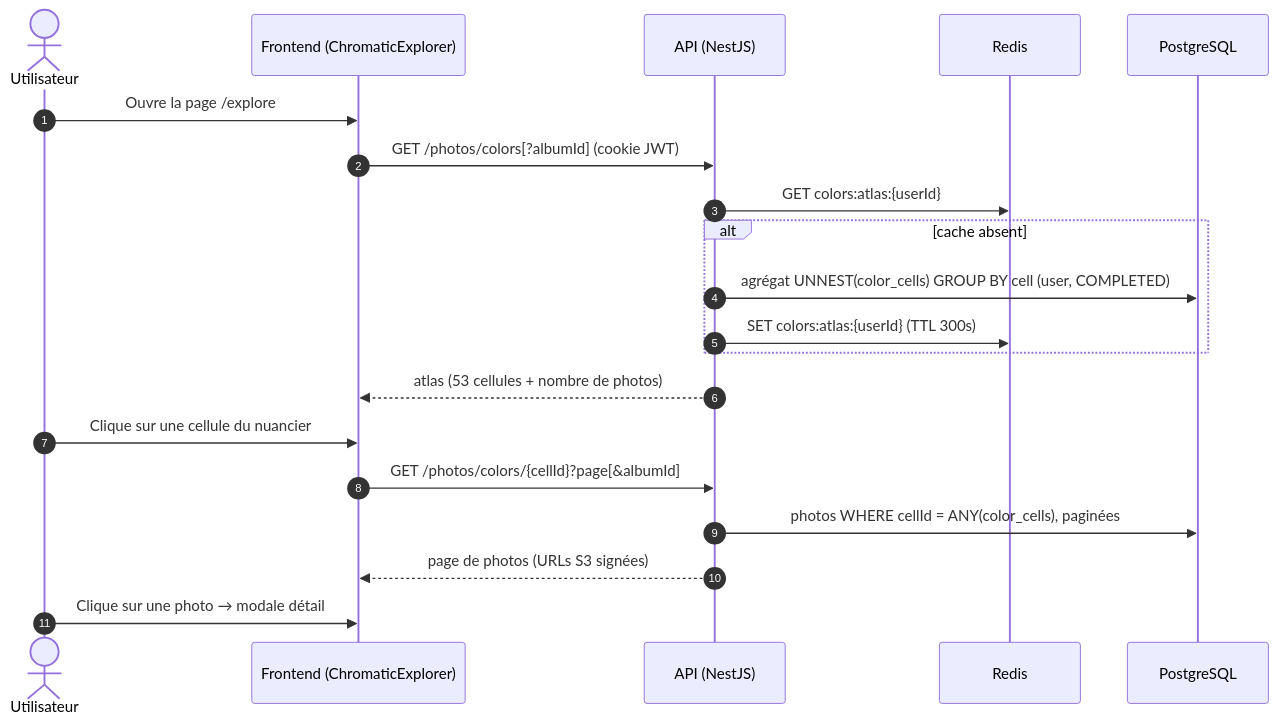
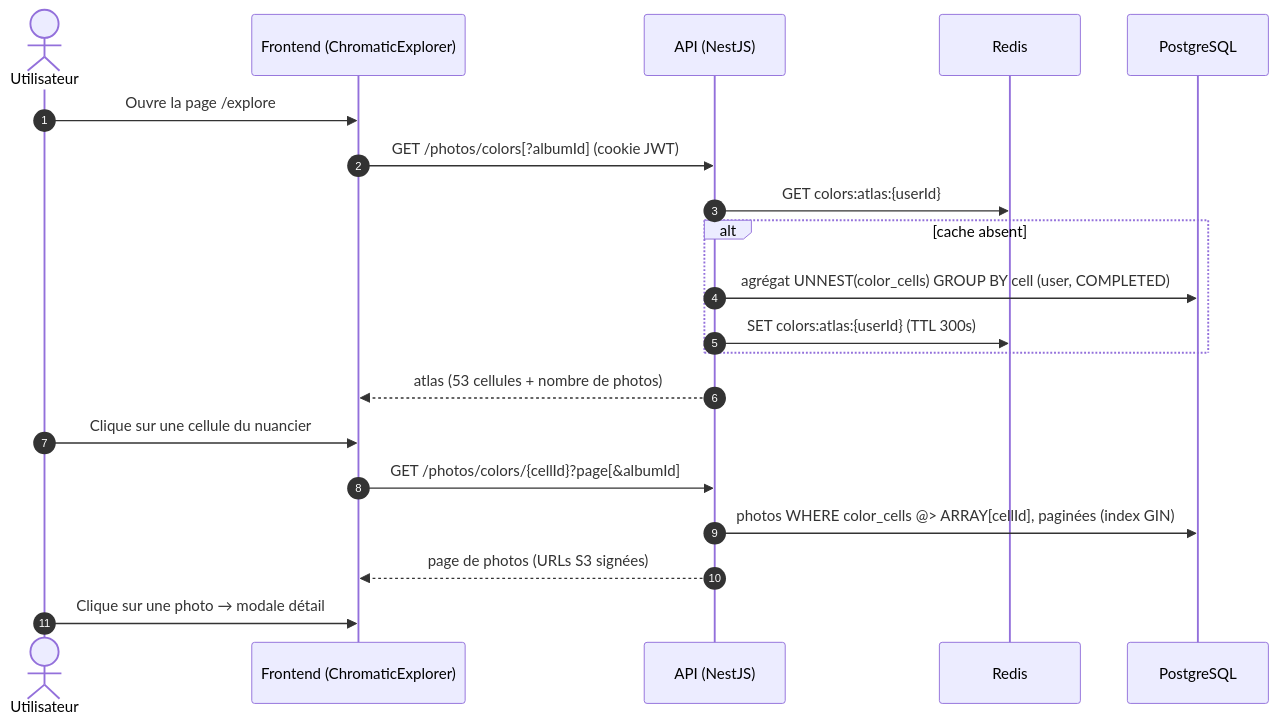
The third of 4 diagrams in docs/diagramme-de-flux.md (TonyMascate/fil_rouge_plateforme), drawn with Mermaid before and after one commit. The commit also changed 10 other files, not shown here.

````diff
--- a/docs/diagramme-de-flux.md
+++ b/docs/diagramme-de-flux.md
@@ -115,24 +115,24 @@
 ```mermaid
 sequenceDiagram
     autonumber
     actor U as Utilisateur
     participant F as Frontend (ChromaticExplorer)
     participant A as API (NestJS)
     participant R as Redis
     participant DB as PostgreSQL
 
     U->>F: Ouvre la page /explore
     F->>A: GET /photos/colors[?albumId] (cookie JWT)
     A->>R: GET colors:atlas:{userId}
     alt cache absent
         A->>DB: agrégat UNNEST(color_cells) GROUP BY cell (user, COMPLETED)
         A->>R: SET colors:atlas:{userId} (TTL 300s)
     end
     A-->>F: atlas (53 cellules + nombre de photos)
 
     U->>F: Clique sur une cellule du nuancier
     F->>A: GET /photos/colors/{cellId}?page[&albumId]
-    A->>DB: photos WHERE cellId = ANY(color_cells), paginées
+    A->>DB: photos WHERE color_cells @> ARRAY[cellId], paginées (index GIN)
     A-->>F: page de photos (URLs S3 signées)
     U->>F: Clique sur une photo → modale détail
 ```
````
